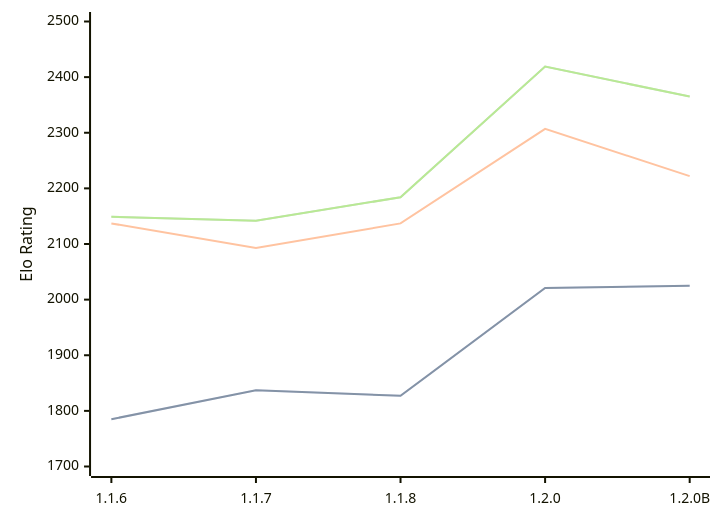
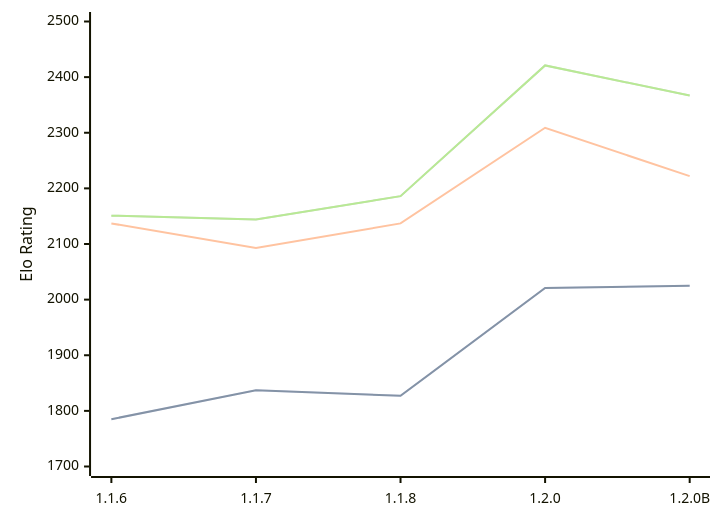
One commit to computer-chess-index/cci changed the third of 3 diagrams in engines/Soomi.md. Above: the diagram before and after it, drawn with Mermaid. The commit also changed other lines of this file, not shown here.

Commit message:
Update CCI Ratings (ELO VLTC) - 2026-07-08

````diff
--- a/engines/Soomi.md
+++ b/engines/Soomi.md
@@ -68,11 +68,11 @@
 ```mermaid
 %%{init: {"theme":"base","themeVariables":{"seriesColors:['#a3a3a3','#222221','#faa371']}}}%%
 xychart-beta
   x-axis ["1.1.6", "1.1.7", "1.1.8", "1.2.0", "1.2.0B"]
   y-axis "Elo Rating" 1700 --> 2500
   line "STC (8.0+0.08s)" [1785, 1837, 1827, 2021, 2025]
   line "STC (8.0+0.08s)" [1785, 1837, 1827, 2021, 2025]
-  line "LTC (60.0+0.60s)" [2137, 2093, 2137, 2307, 2222]
-  line "VLTC (2m24s+1.12s)" [2149, 2142, 2184, 2419, 2365]
-  line "VLTC (2m24s+1.12s)" [2149, 2142, 2184, 2419, 2365]
+  line "LTC (60.0+0.60s)" [2137, 2093, 2137, 2309, 2222]
+  line "VLTC (2m24s+1.12s)" [2151, 2144, 2186, 2421, 2367]
+  line "VLTC (2m24s+1.12s)" [2151, 2144, 2186, 2421, 2367]
 ```
````
